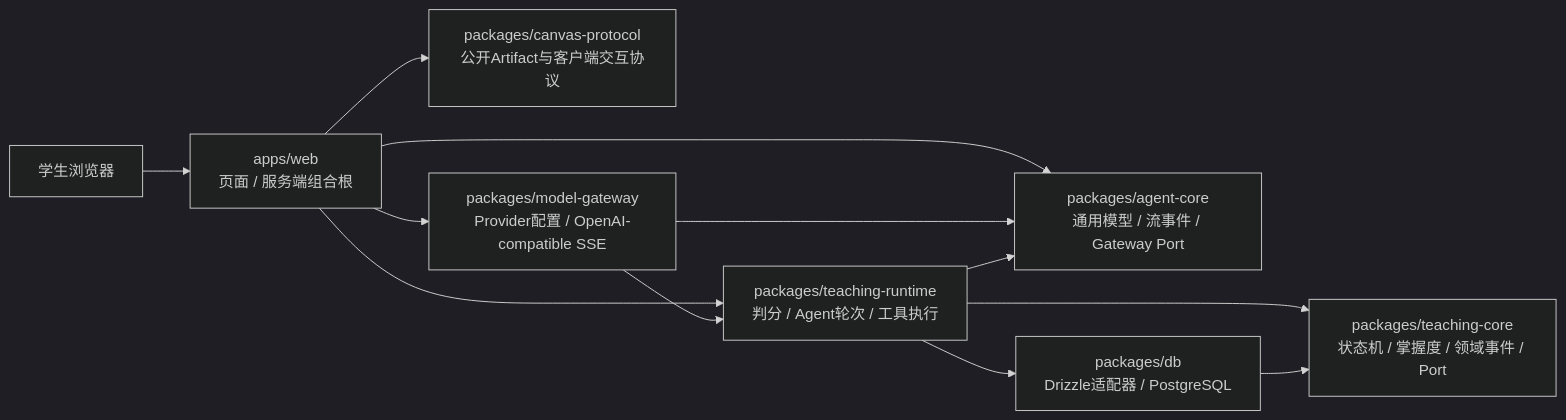
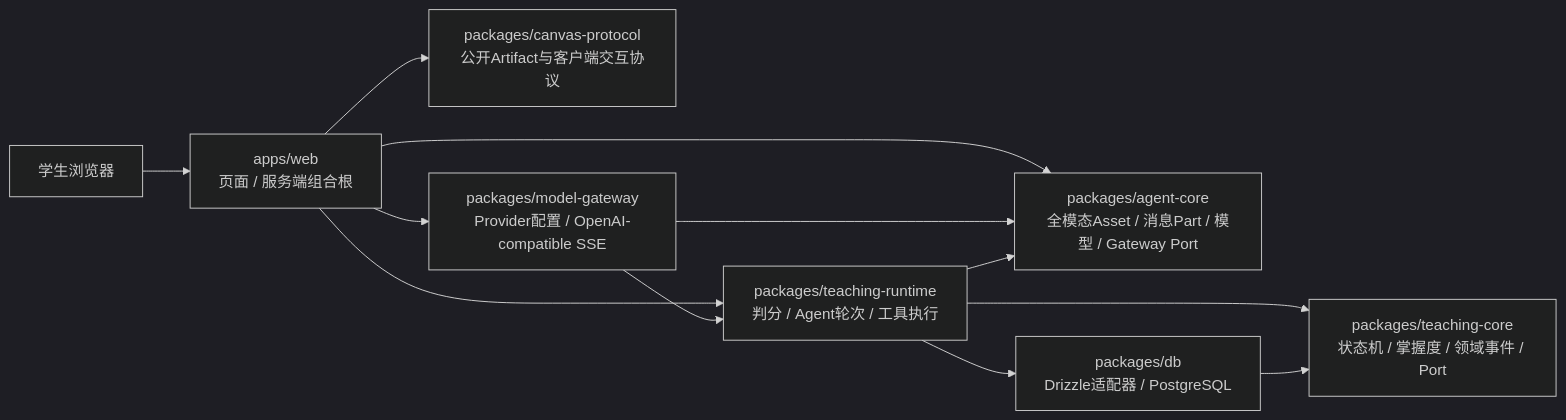
Before and after one commit to Timcai06/EduCanvas: the second of 2 diagrams in docs/02-architecture/system-architecture.md, drawn with Mermaid (dark theme). The commit also changed other lines of this file and 9 other files, not shown here.

````diff
--- a/docs/02-architecture/system-architecture.md
+++ b/docs/02-architecture/system-architecture.md
@@ -38,14 +38,14 @@
 ```mermaid
 flowchart LR
     student[学生浏览器] --> web["apps/web<br/>页面 / 服务端组合根"]
-    web --> agent["packages/agent-core<br/>通用模型 / 流事件 / Gateway Port"]
+    web --> agent["packages/agent-core<br/>全模态Asset / 消息Part / 模型 / Gateway Port"]
     web --> canvas["packages/canvas-protocol<br/>公开Artifact与客户端交互协议"]
     web --> runtime["packages/teaching-runtime<br/>判分 / Agent轮次 / 工具执行"]
     web --> gateway["packages/model-gateway<br/>Provider配置 / OpenAI-compatible SSE"]
     gateway --> agent
     runtime --> agent
     runtime --> teaching["packages/teaching-core<br/>状态机 / 掌握度 / 领域事件 / Port"]
     runtime --> db["packages/db<br/>Drizzle适配器 / PostgreSQL"]
     gateway --> runtime
     db --> teaching
 ```
````
